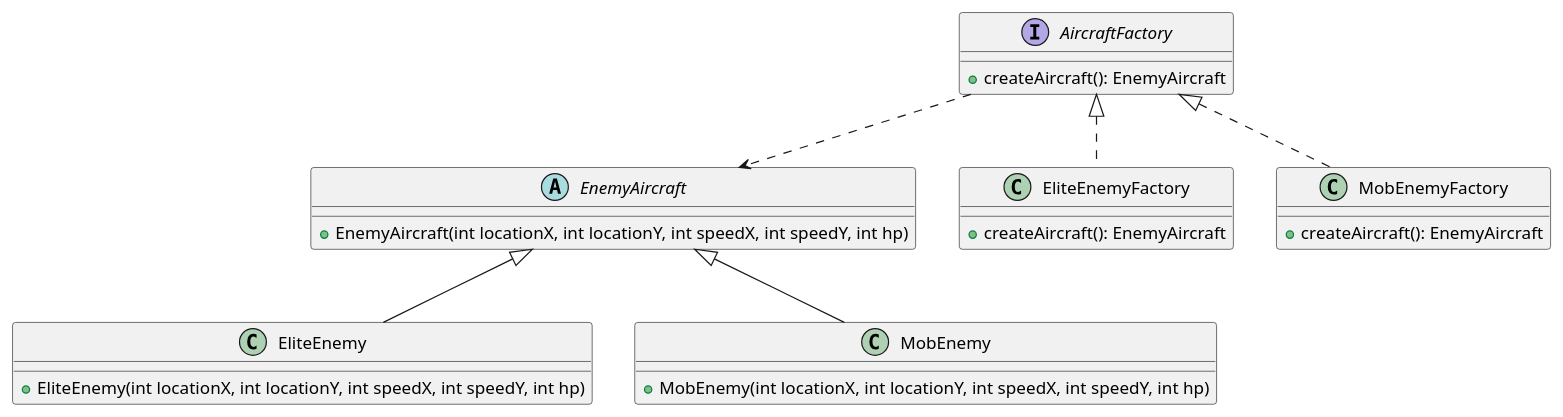
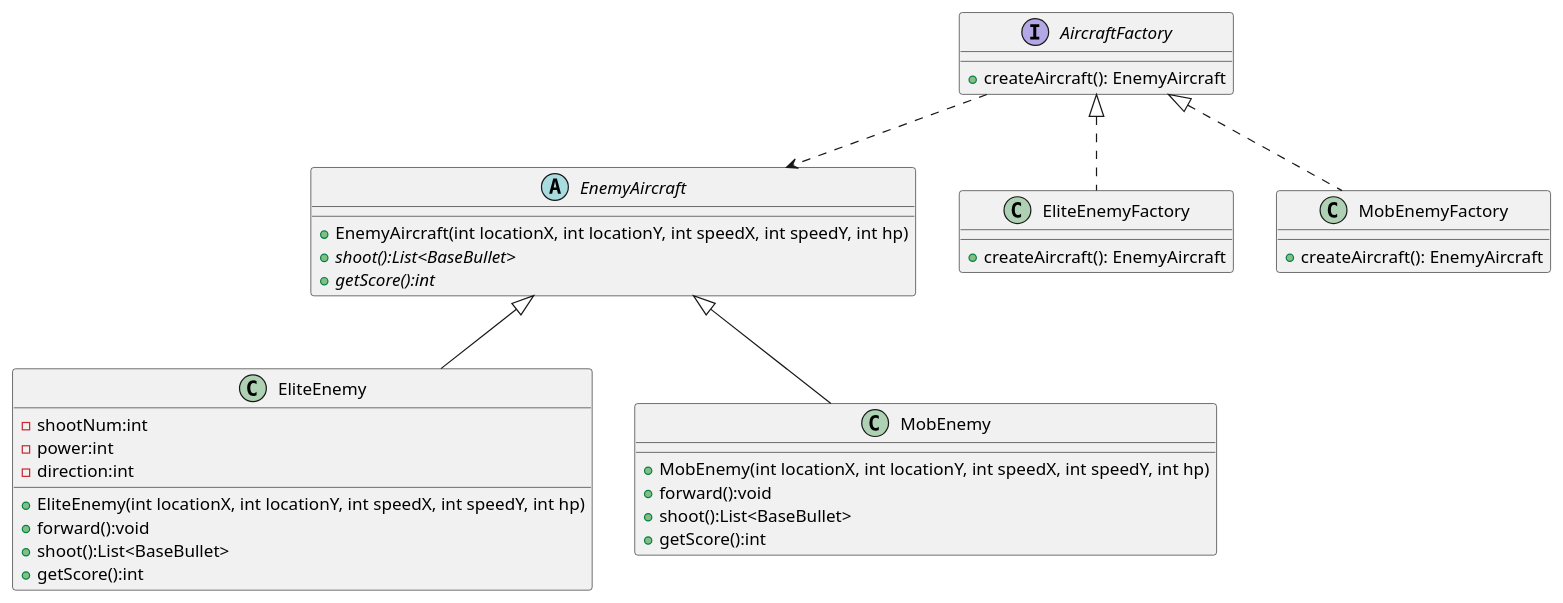
One commit to Lau-pq/AircraftWar changed the diagram in uml/AircraftFactory.puml. Above: the diagram before and after it, drawn with PlantUML. The commit also changed 4 other files, not shown here.

Commit message:
修改uml图

```diff
--- a/uml/AircraftFactory.puml
+++ b/uml/AircraftFactory.puml
@@ -1,40 +1,50 @@
 @startuml
 'https://plantuml.com/class-diagram
 
 interface AircraftFactory {
     + createAircraft(): EnemyAircraft
 }
 
 abstract class EnemyAircraft
 {
     + EnemyAircraft(int locationX, int locationY, int speedX, int speedY, int hp)
-
+    + {abstract} shoot():List<BaseBullet>
+    + {abstract} getScore():int
 }
 
 AircraftFactory ..> EnemyAircraft
 
 class EliteEnemyFactory {
     + createAircraft(): EnemyAircraft
 }
 
 AircraftFactory <|.. EliteEnemyFactory
 
 class MobEnemyFactory {
     + createAircraft(): EnemyAircraft
 }
 
 AircraftFactory <|.. MobEnemyFactory
 
 class EliteEnemy {
+    - shootNum:int
+    - power:int
+    - direction:int
     + EliteEnemy(int locationX, int locationY, int speedX, int speedY, int hp)
+    + forward():void
+    + shoot():List<BaseBullet>
+    + getScore():int
 }
 
 EnemyAircraft <|-- EliteEnemy
 
 class MobEnemy {
     + MobEnemy(int locationX, int locationY, int speedX, int speedY, int hp)
+    + forward():void
+    + shoot():List<BaseBullet>
+    + getScore():int
 }
 
 EnemyAircraft <|-- MobEnemy
 
 @enduml
```
